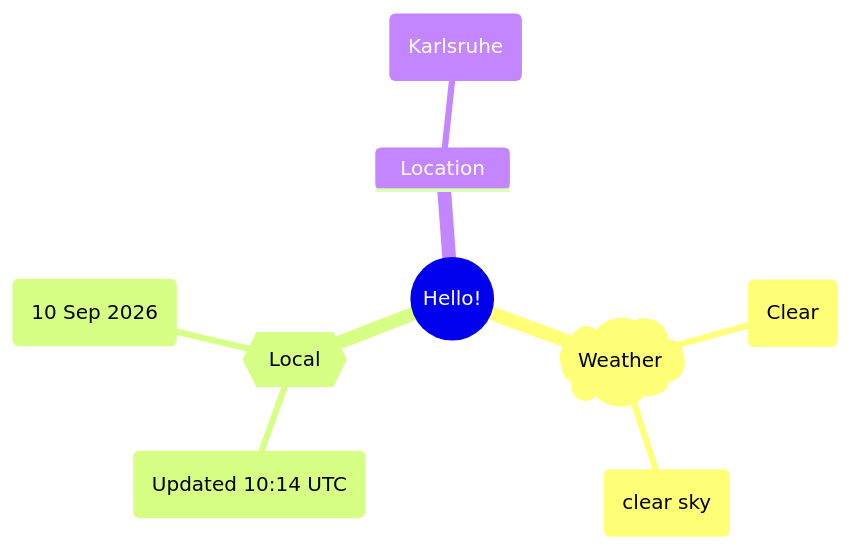
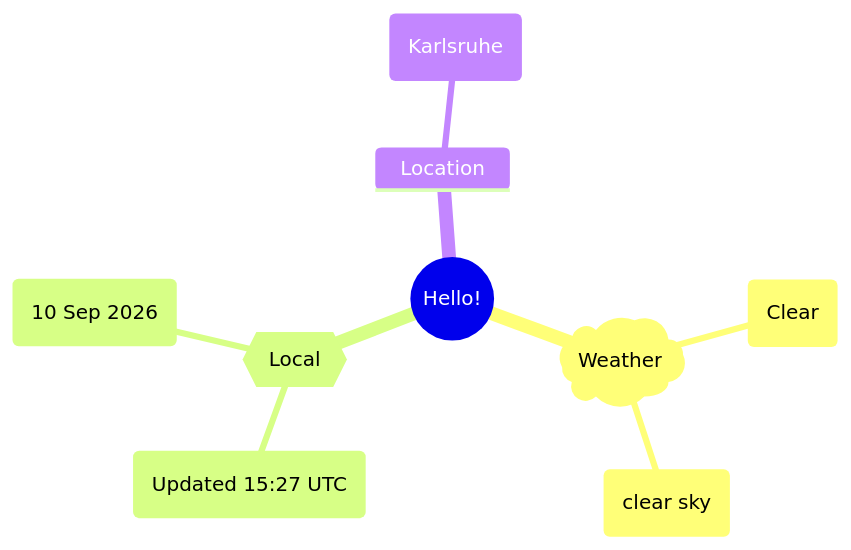
One commit to Xosrov/Xosrov changed the first of 2 diagrams in README.md. Above: the diagram before and after it, drawn with Mermaid.

Commit message:
[bot] updated images

````diff
--- a/README.md
+++ b/README.md
@@ -3,12 +3,12 @@
 ```mermaid
 mindmap
   root((Hello!))
     )Weather(
         (Clear)
         (clear sky)
     {{Local}}
-        (Updated 10:14 UTC)
+        (Updated 15:27 UTC)
         (10 Sep 2026)
     Location
         (Karlsruhe)
 ```
````
